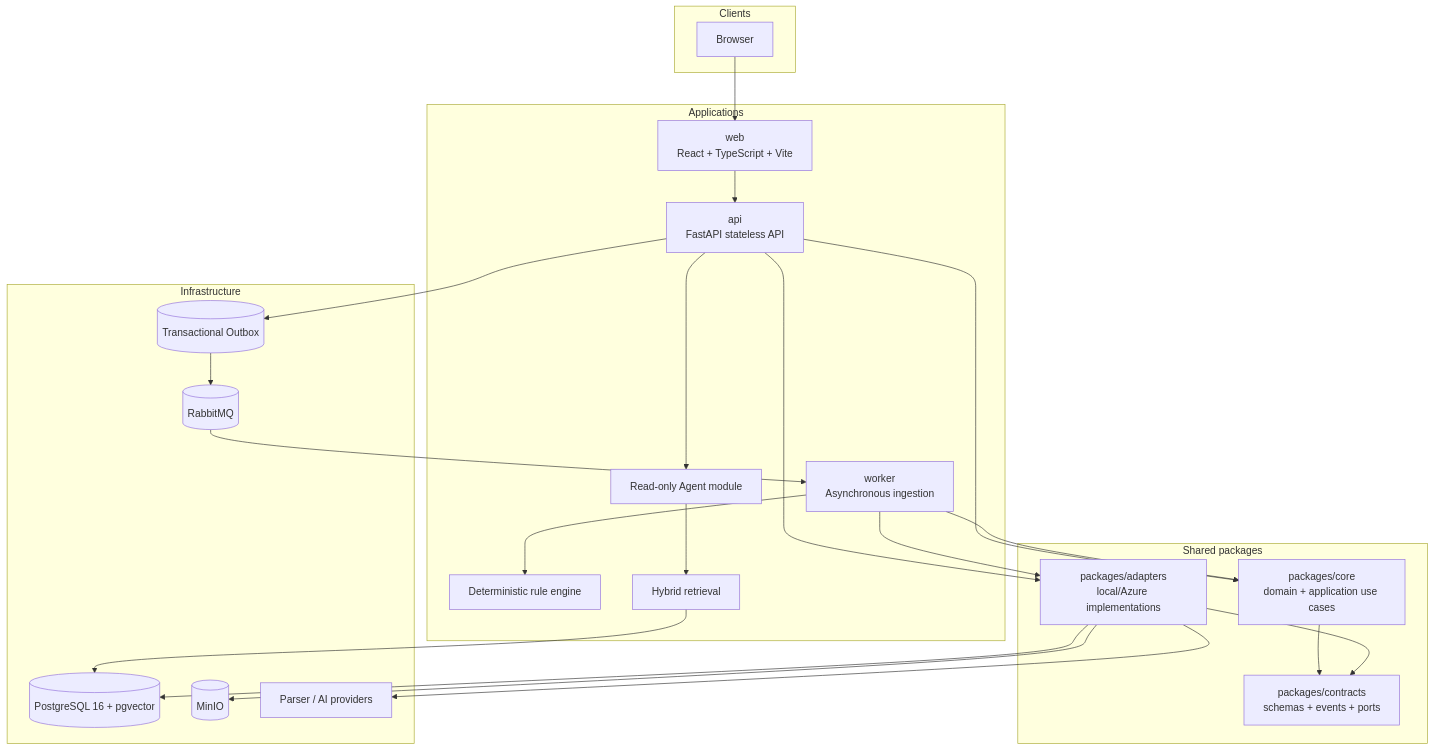
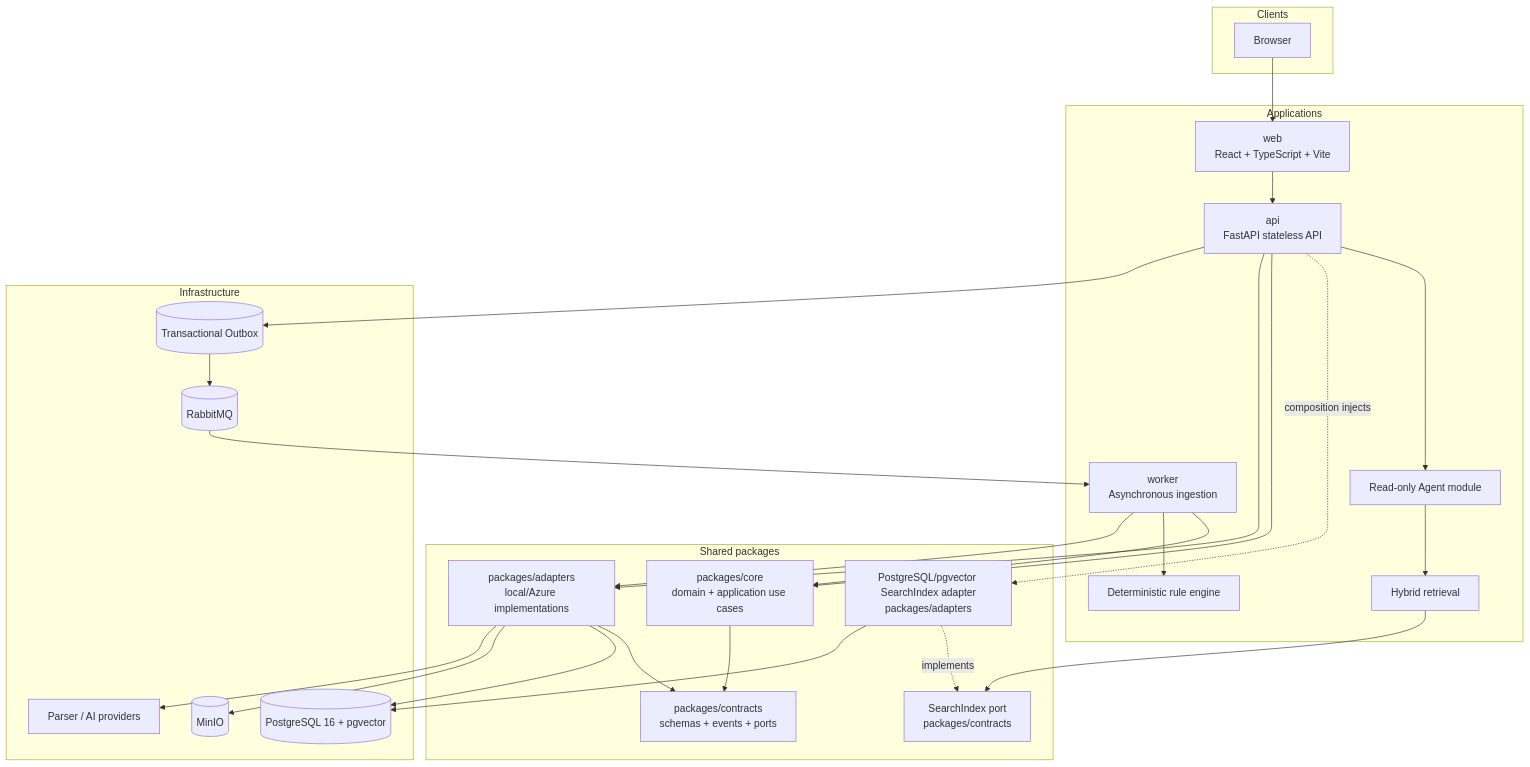
One commit to CodeDaoVietNam/AI-Engineer-Road-Map changed the second of 2 diagrams in capstone/enterprise-document-agent/docs/architecture/system-overview.md. Above: the diagram before and after it, drawn with Mermaid. The commit also changed other lines of this file and 5 other files, not shown here.

Commit message:
docs: close workflow architecture gaps

````diff
--- a/capstone/enterprise-document-agent/docs/architecture/system-overview.md
+++ b/capstone/enterprise-document-agent/docs/architecture/system-overview.md
@@ -41,44 +41,49 @@
 ```mermaid
 flowchart TD
     subgraph Clients
         B[Browser]
     end
 
     subgraph Applications
         WEB[web<br/>React + TypeScript + Vite]
         API[api<br/>FastAPI stateless API]
         WORKER[worker<br/>Asynchronous ingestion]
         AGENT[Read-only Agent module]
         RULES[Deterministic rule engine]
         RET[Hybrid retrieval]
     end
 
     subgraph SharedPackages[Shared packages]
         CORE[packages/core<br/>domain + application use cases]
         CONTRACTS[packages/contracts<br/>schemas + events + ports]
+        SEARCH_PORT[SearchIndex port<br/>packages/contracts]
         ADAPTERS[packages/adapters<br/>local/Azure implementations]
+        SEARCH_ADAPTER[PostgreSQL/pgvector SearchIndex adapter<br/>packages/adapters]
     end
 
     subgraph Infrastructure
         PG[(PostgreSQL 16 + pgvector)]
         OBJ[(MinIO)]
         OUTBOX[(Transactional Outbox)]
         MQ[(RabbitMQ)]
         MODELS[Parser / AI providers]
     end
 
     B --> WEB --> API
     API --> AGENT --> RET
+    RET --> SEARCH_PORT
+    SEARCH_ADAPTER -. implements .-> SEARCH_PORT
+    API -. composition injects .-> SEARCH_ADAPTER
     API --> CORE
     WORKER --> CORE
     WORKER --> RULES
     CORE --> CONTRACTS
     ADAPTERS --> CONTRACTS
     API --> ADAPTERS
     WORKER --> ADAPTERS
     ADAPTERS --> PG
     ADAPTERS --> OBJ
     ADAPTERS --> MODELS
+    SEARCH_ADAPTER --> PG
     API --> OUTBOX --> MQ --> WORKER
-    RET --> PG
 ```
````
